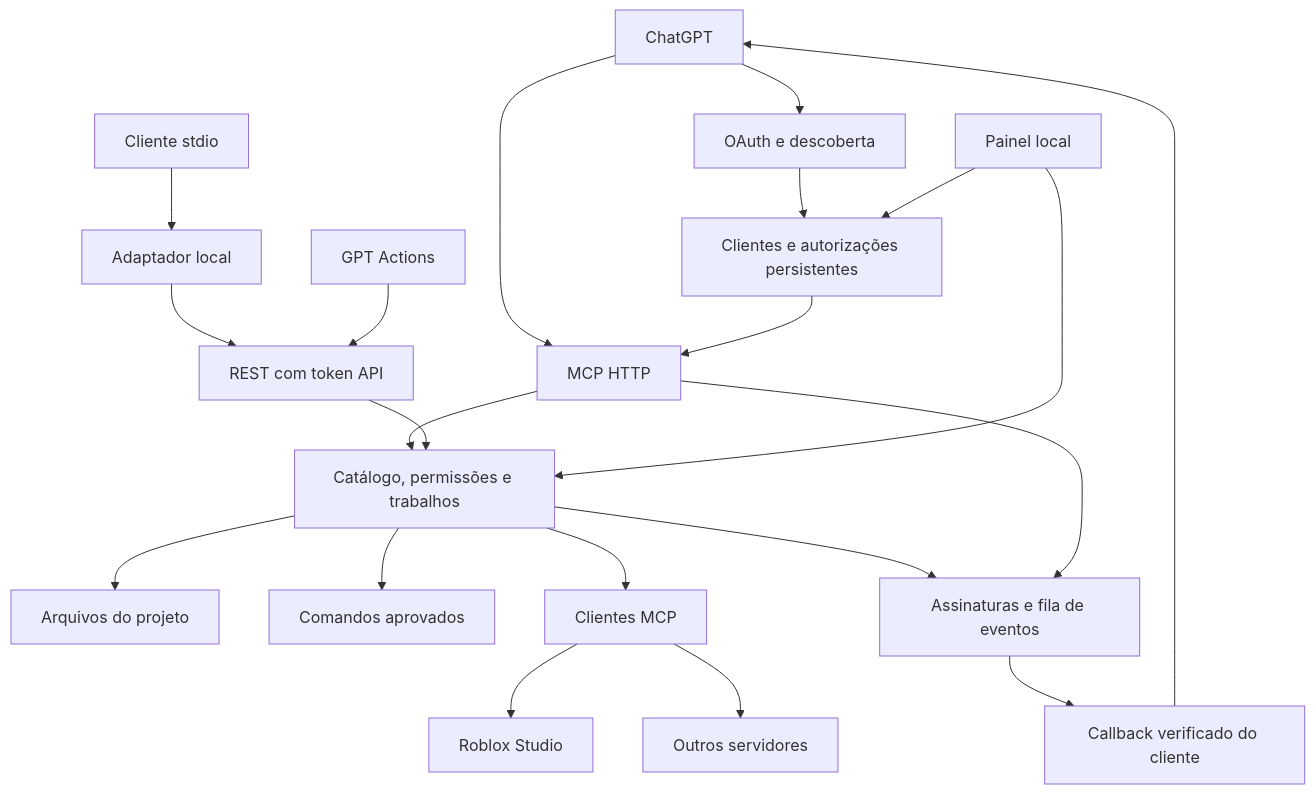
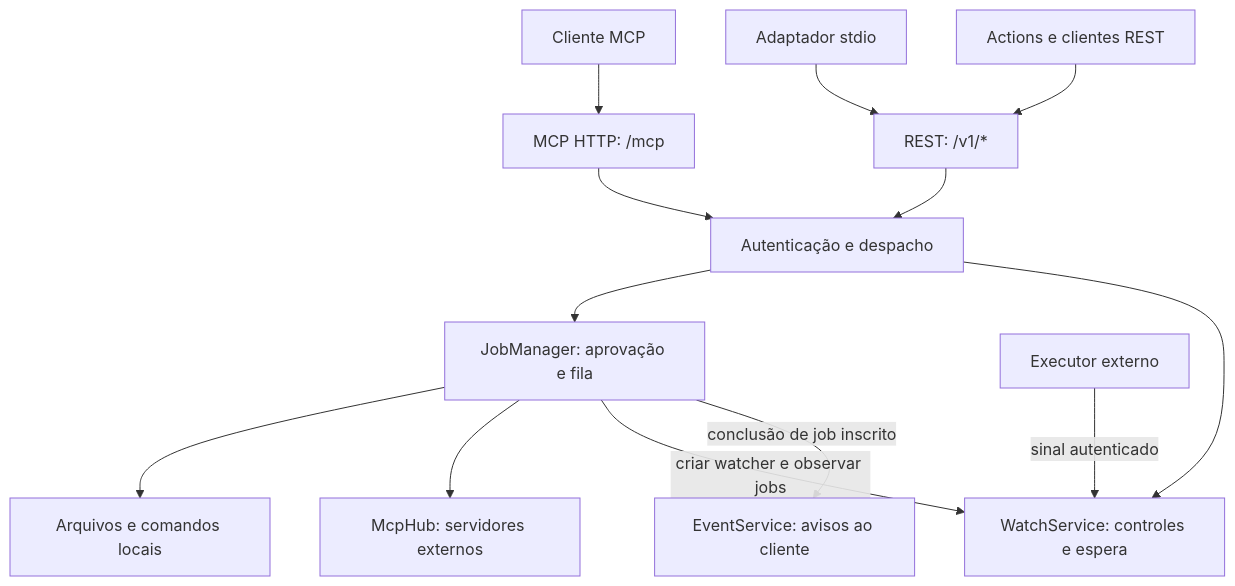
One commit to V1yn1/ponte-mcp changed the diagram in docs/ARQUITETURA.md. Above: the diagram before and after it, drawn with Mermaid. The commit also changed other lines of this file and 26 other files, not shown here.

````diff
--- a/docs/ARQUITETURA.md
+++ b/docs/ARQUITETURA.md
@@ -5,23 +9,15 @@
 ```mermaid
 flowchart TD
-    Chat["ChatGPT"] --> OAuth["OAuth e descoberta"]
-    Chat --> MCP["MCP HTTP"]
-    Local["Cliente stdio"] --> Adaptador["Adaptador local"]
-    Adaptador --> REST["REST com token API"]
-    Actions["GPT Actions"] --> REST
-    OAuth --> Credenciais["Clientes e autorizações persistentes"]
-    Credenciais --> MCP
-    MCP --> Core["Catálogo, permissões e trabalhos"]
-    REST --> Core
-    Painel["Painel local"] --> Core
-    Painel --> Credenciais
-    Core --> Arquivos["Arquivos do projeto"]
-    Core --> Processo["Comandos aprovados"]
-    Core --> Hub["Clientes MCP"]
-    Hub --> Studio["Roblox Studio"]
-    Hub --> Outros["Outros servidores"]
-    Core --> Events["Assinaturas e fila de eventos"]
-    MCP --> Events
-    Events --> Callback["Callback verificado do cliente"]
-    Callback --> Chat
+    Cliente["Cliente MCP"] --> MCP["MCP HTTP: /mcp"]
+    Stdio["Adaptador stdio"] --> REST["REST: /v1/*"]
+    Actions["Actions e clientes REST"] --> REST
+    MCP --> Entrada["Autenticação e despacho"]
+    REST --> Entrada
+    Entrada --> Jobs["JobManager: aprovação e fila"]
+    Entrada --> Watch["WatchService: controles e espera"]
+    Jobs --> Local["Arquivos e comandos locais"]
+    Jobs --> Hub["McpHub: servidores externos"]
+    Jobs -->|"criar watcher e observar jobs"| Watch
+    Executor["Executor externo"] -->|"sinal autenticado"| Watch
+    Jobs -->|"conclusão de job inscrito"| Events["EventService: avisos ao cliente"]
 ```
````
